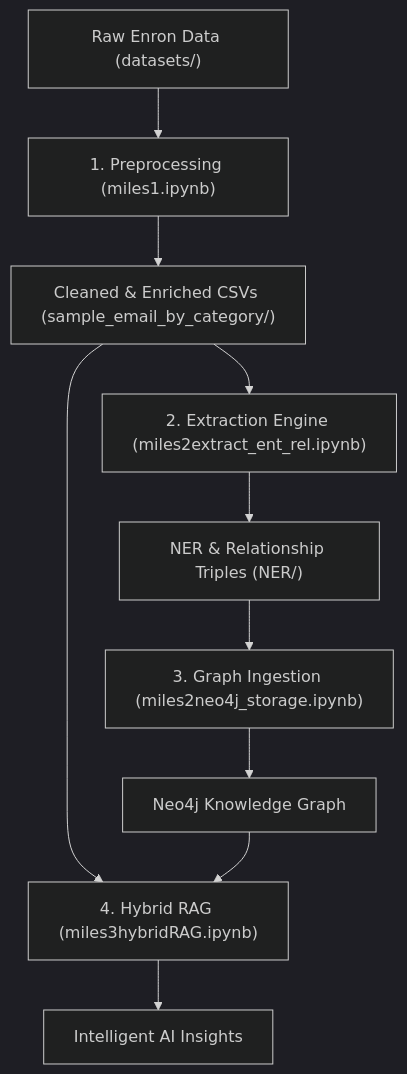
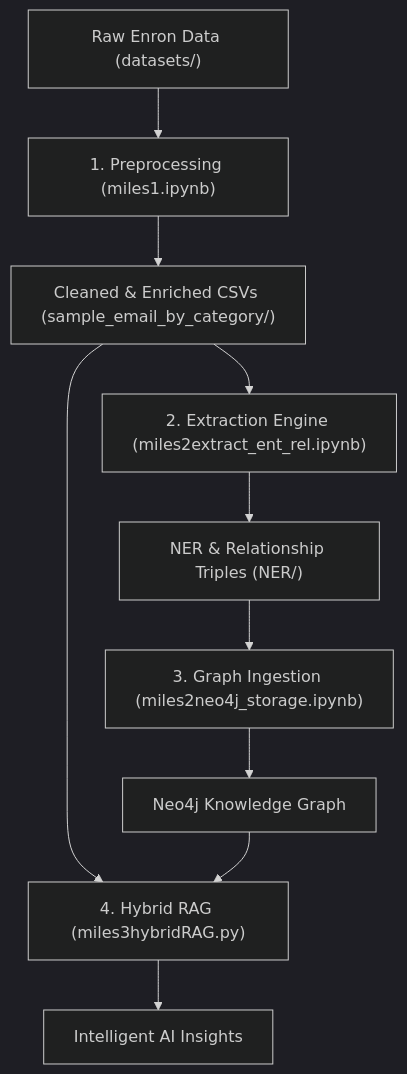
One commit to Juxtpawan/AI-based-Knowledge-Graph-Builder-for-Enterprise-Intelligence changed the diagram in README.md. Above: the diagram before and after it, drawn with Mermaid (dark theme).

Commit message:
Update file reference for Hybrid RAG in README

````diff
--- a/README.md
+++ b/README.md
@@ -11,12 +11,12 @@
 ```mermaid
 graph TD
     A["Raw Enron Data (datasets/)"] --> B["1. Preprocessing (miles1.ipynb)"]
     B --> C["Cleaned & Enriched CSVs (sample_email_by_category/)"]
     C --> D["2. Extraction Engine (miles2extract_ent_rel.ipynb)"]
     D --> E["NER & Relationship Triples (NER/)"]
     E --> F["3. Graph Ingestion (miles2neo4j_storage.ipynb)"]
     F --> G["Neo4j Knowledge Graph"]
-    C --> H["4. Hybrid RAG (miles3hybridRAG.ipynb)"]
+    C --> H["4. Hybrid RAG (miles3hybridRAG.py)"]
     G --> H
     H --> I["Intelligent AI Insights"]
 ```
````
